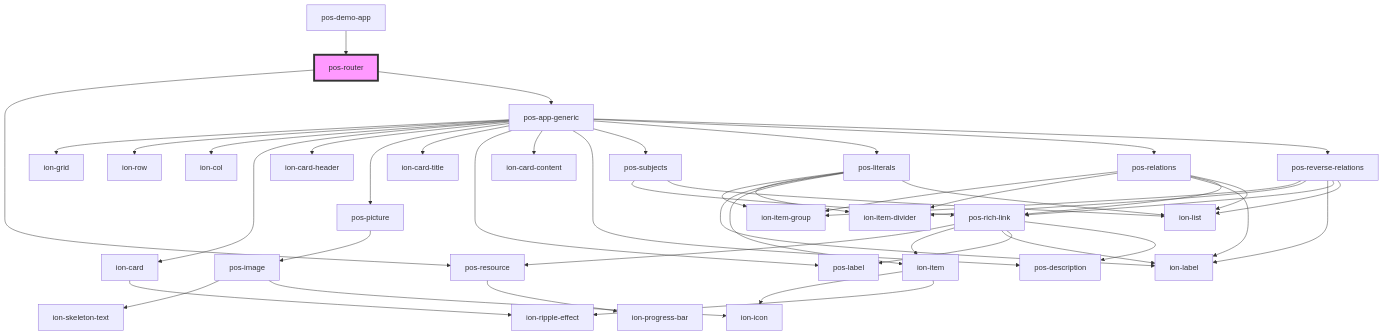
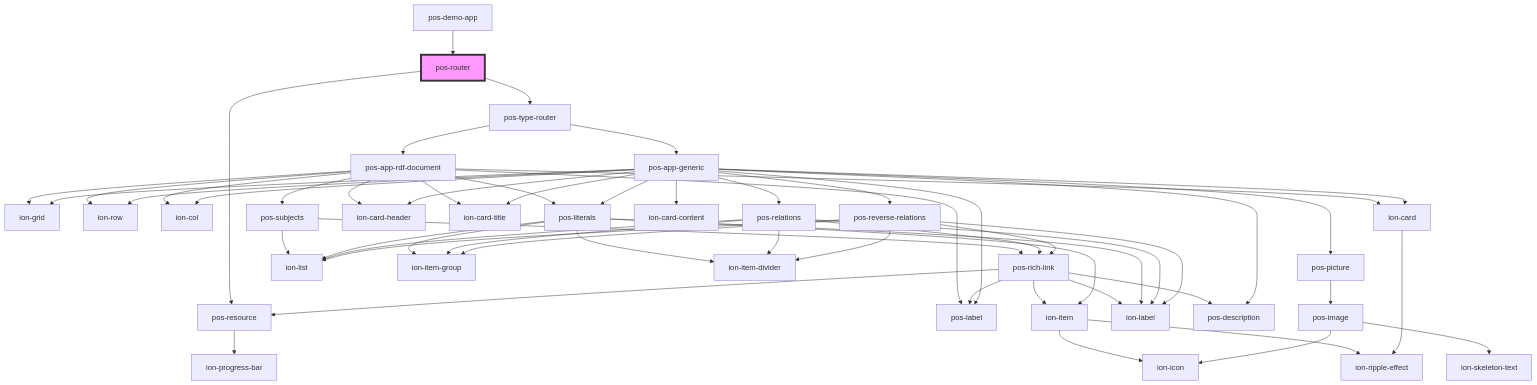
One commit to pod-os/PodOS changed the diagram in docs/elements/components/pos-router/readme.md. Above: the diagram before and after it, drawn with Mermaid. The commit also changed other lines of this file and 7 other files, not shown here.

````diff
--- a/docs/elements/components/pos-router/readme.md
+++ b/docs/elements/components/pos-router/readme.md
@@ -20,50 +20,60 @@
 ```mermaid
 graph TD;
   pos-router --> pos-resource
-  pos-router --> pos-app-generic
+  pos-router --> pos-type-router
   pos-resource --> ion-progress-bar
+  pos-type-router --> pos-app-rdf-document
+  pos-type-router --> pos-app-generic
+  pos-app-rdf-document --> ion-grid
+  pos-app-rdf-document --> ion-row
+  pos-app-rdf-document --> ion-col
+  pos-app-rdf-document --> pos-subjects
+  pos-app-rdf-document --> ion-card
+  pos-app-rdf-document --> ion-card-header
+  pos-app-rdf-document --> ion-card-title
+  pos-app-rdf-document --> pos-label
+  pos-app-rdf-document --> pos-literals
+  pos-subjects --> pos-rich-link
+  pos-subjects --> ion-list
+  pos-rich-link --> pos-resource
+  pos-rich-link --> ion-item
+  pos-rich-link --> ion-label
+  pos-rich-link --> pos-label
+  pos-rich-link --> pos-description
+  ion-item --> ion-icon
+  ion-item --> ion-ripple-effect
+  ion-card --> ion-ripple-effect
+  pos-literals --> ion-item-group
+  pos-literals --> ion-item-divider
+  pos-literals --> ion-label
+  pos-literals --> ion-item
+  pos-literals --> ion-list
   pos-app-generic --> ion-grid
   pos-app-generic --> ion-row
   pos-app-generic --> ion-col
   pos-app-generic --> ion-card
   pos-app-generic --> ion-card-header
   pos-app-generic --> pos-picture
   pos-app-generic --> ion-card-title
   pos-app-generic --> pos-label
   pos-app-generic --> ion-card-content
   pos-app-generic --> pos-description
-  pos-app-generic --> pos-subjects
   pos-app-generic --> pos-literals
   pos-app-generic --> pos-relations
   pos-app-generic --> pos-reverse-relations
-  ion-card --> ion-ripple-effect
   pos-picture --> pos-image
   pos-image --> ion-skeleton-text
   pos-image --> ion-icon
-  pos-subjects --> pos-rich-link
-  pos-subjects --> ion-list
-  pos-rich-link --> pos-resource
-  pos-rich-link --> ion-item
-  pos-rich-link --> ion-label
-  pos-rich-link --> pos-label
-  pos-rich-link --> pos-description
-  ion-item --> ion-icon
-  ion-item --> ion-ripple-effect
-  pos-literals --> ion-item-group
-  pos-literals --> ion-item-divider
-  pos-literals --> ion-label
-  pos-literals --> ion-item
-  pos-literals --> ion-list
   pos-relations --> ion-item-group
   pos-relations --> ion-item-divider
   pos-relations --> ion-label
   pos-relations --> pos-rich-link
   pos-relations --> ion-list
   pos-reverse-relations --> ion-item-group
   pos-reverse-relations --> ion-item-divider
   pos-reverse-relations --> ion-label
   pos-reverse-relations --> pos-rich-link
   pos-reverse-relations --> ion-list
   pos-demo-app --> pos-router
   style pos-router fill:#f9f,stroke:#333,stroke-width:4px
 ```
````
